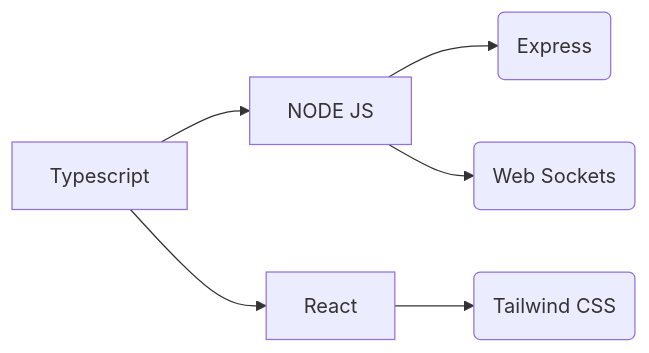
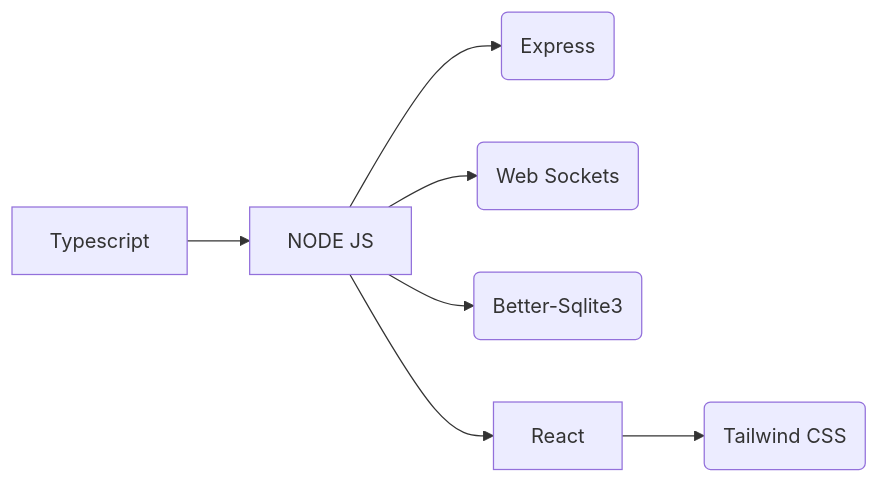
Before and after one commit to LucasBarberisPerez/custom-vote-system: the diagram in README.md, drawn with Mermaid. The commit also changed 4 other files, not shown here.

````diff
--- a/README.md
+++ b/README.md
@@ -5,10 +5,11 @@
 ```mermaid
 graph LR
 A[NODE JS]
 A --> C(Express)
 A --> D(Web Sockets)
+A --> G(Better-Sqlite3)
+A --> B
 B[React]
 B --> E(Tailwind CSS)
 F[Typescript] --> A
-F --> B 
 ```
````
